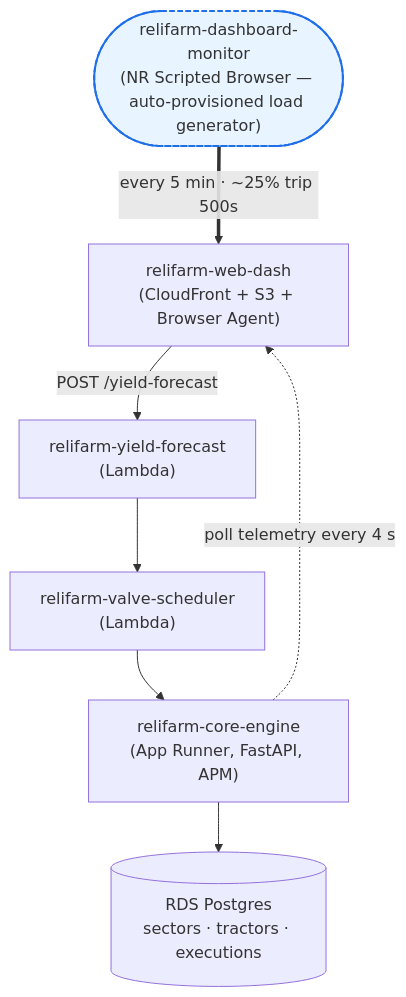
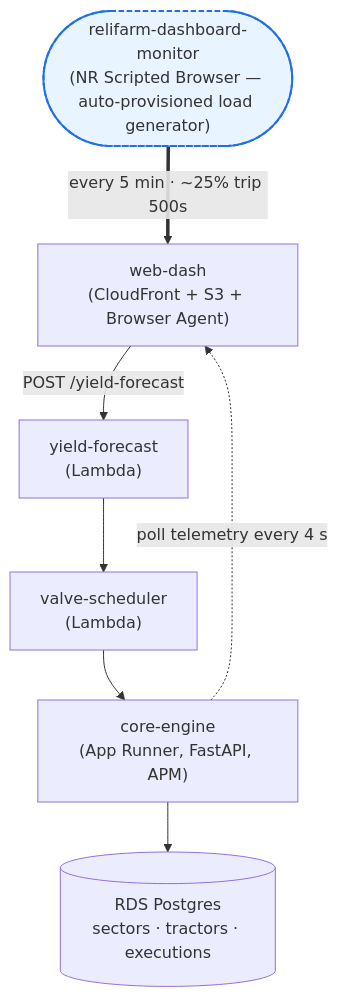
One commit to newrelic/demo-apps changed the diagram in relifarm-lambda/README.md. Above: the diagram before and after it, drawn with Mermaid. The commit also changed other lines of this file and 11 other files, not shown here.

````diff
--- a/relifarm-lambda/README.md
+++ b/relifarm-lambda/README.md
@@ -10,19 +10,19 @@
 ```mermaid
 flowchart TD
     Synth(["relifarm-dashboard-monitor<br/>(NR Scripted Browser — auto-provisioned load generator)"])
-    Dash["relifarm-web-dash<br/>(CloudFront + S3 + Browser Agent)"]
-    YF["relifarm-yield-forecast<br/>(Lambda)"]
-    VS["relifarm-valve-scheduler<br/>(Lambda)"]
-    CE["relifarm-core-engine<br/>(App Runner, FastAPI, APM)"]
+    Dash["web-dash<br/>(CloudFront + S3 + Browser Agent)"]
+    YF["yield-forecast<br/>(Lambda)"]
+    VS["valve-scheduler<br/>(Lambda)"]
+    CE["core-engine<br/>(App Runner, FastAPI, APM)"]
     PG[("RDS Postgres<br/>sectors · tractors · executions")]
 
     Synth ==>|every 5 min · ~25% trip 500s| Dash
     Dash -->|POST /yield-forecast| YF
     YF --> VS
     VS --> CE
     CE --> PG
     CE -.->|poll telemetry every 4 s| Dash
 
     classDef autoProvisioned fill:#e8f4ff,stroke:#1f6feb,stroke-width:2px,stroke-dasharray:5 3;
     class Synth autoProvisioned;
 ```
````
